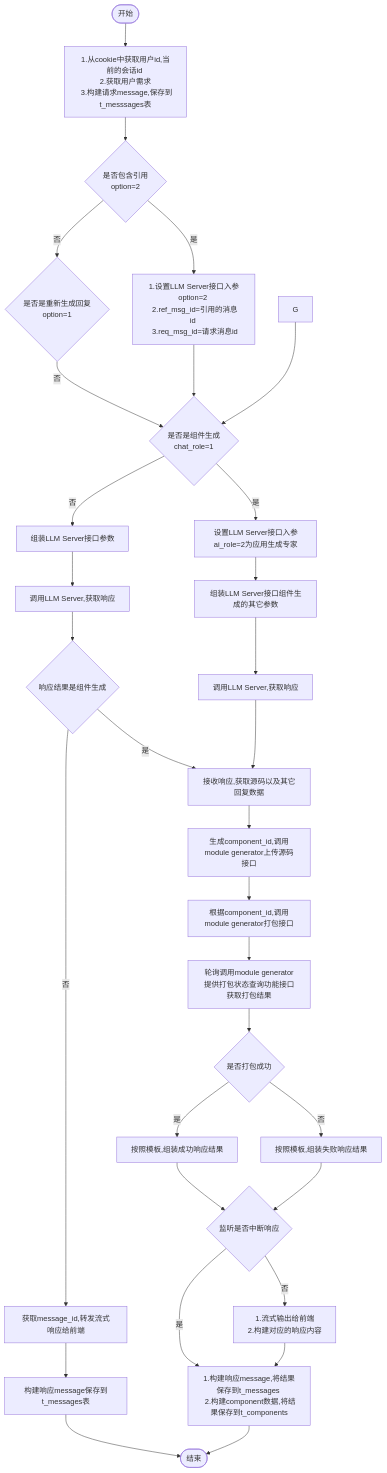
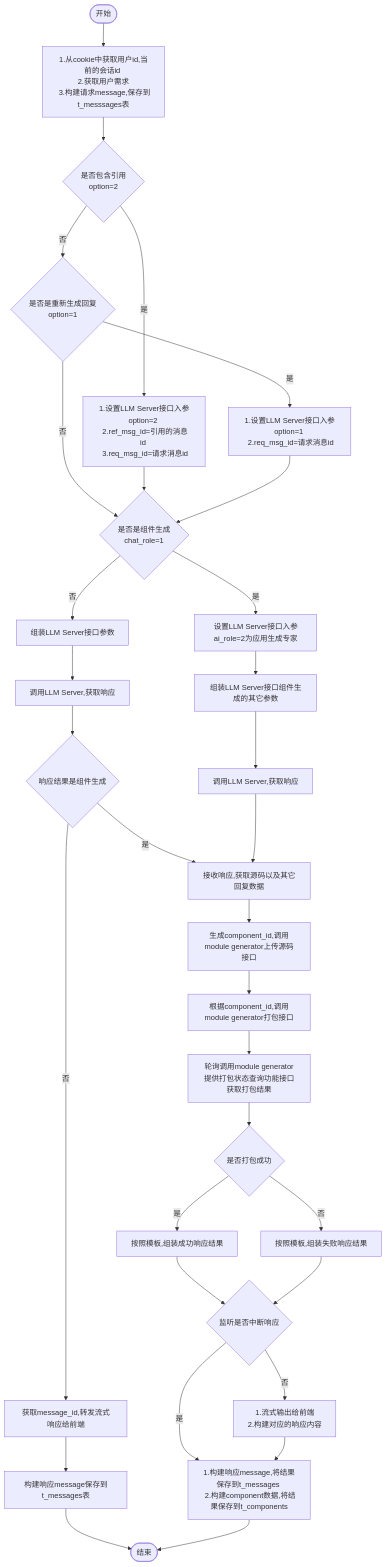
One commit to yingjianzh/iodraw-files changed the diagram in all/未命名-8.md. Above: the diagram before and after it, drawn with Mermaid.

Commit message:
2024-10-16 09:22:08 update

````diff
--- a/all/未命名-8.md
+++ b/all/未命名-8.md
@@ -1,38 +1,38 @@
 ```mermaid
 flowchart TD
     A([开始]) --> B[1.从cookie中获取用户id,当前的会话id \n 2.获取用户需求 \n 3.构建请求message,保存到t_messsages表]
     B--> D{是否包含引用 \n option=2}
     D -- 是 --> E[1.设置LLM Server接口入参option=2 \n 2.ref_msg_id=引用的消息id \n 3.req_msg_id=请求消息id]
     D -- 否 --> F{是否是重新生成回复\n option=1}
-    
+    F -- 是 --> G[1.设置LLM Server接口入参option=1 \n 2.req_msg_id=请求消息id]
     F -- 否 --> I
      
     E & G --> I{是否是组件生成 \n chat_role=1}
     I -- 否 --> M[组装LLM Server接口参数] 
     I -- 是 --> J[设置LLM Server接口入参ai_role=2为应用生成专家]
     
 
     J --> L[组装LLM Server接口组件生成的其它参数]    
     M --> N[调用LLM Server,获取响应]
     N --> H{响应结果是组件生成}   
     H -- 是 --> T 
     H -- 否 --> O[获取message_id,转发流式响应给前端]
     O --> P[构建响应message保存到t_messages表]
     P --> R([结束])
 
 
     L --> S[调用LLM Server,获取响应]
     S --> T[接收响应,获取源码以及其它回复数据]
     T --> U[生成component_id,调用module generator上传源码接口]
     U --> V[根据component_id,调用module generator打包接口]
     V --> W[轮询调用module generator提供打包状态查询功能接口获取打包结果]
     W --> X{是否打包成功}
     X -- 是 --> Y[按照模板,组装成功响应结果]
     X -- 否 --> Z[按照模板,组装失败响应结果]
     Y & Z --> Done{监听是否中断响应}
     Done -- 是 --> Result
     Done -- 否 --> OutPut[1.流式输出给前端 \n 2.构建对应的响应内容]
 
     OutPut --> Result[1.构建响应message,将结果保存到t_messages \n 2.构建component数据,将结果保存到t_components]
     Result --> R
 ```
````
